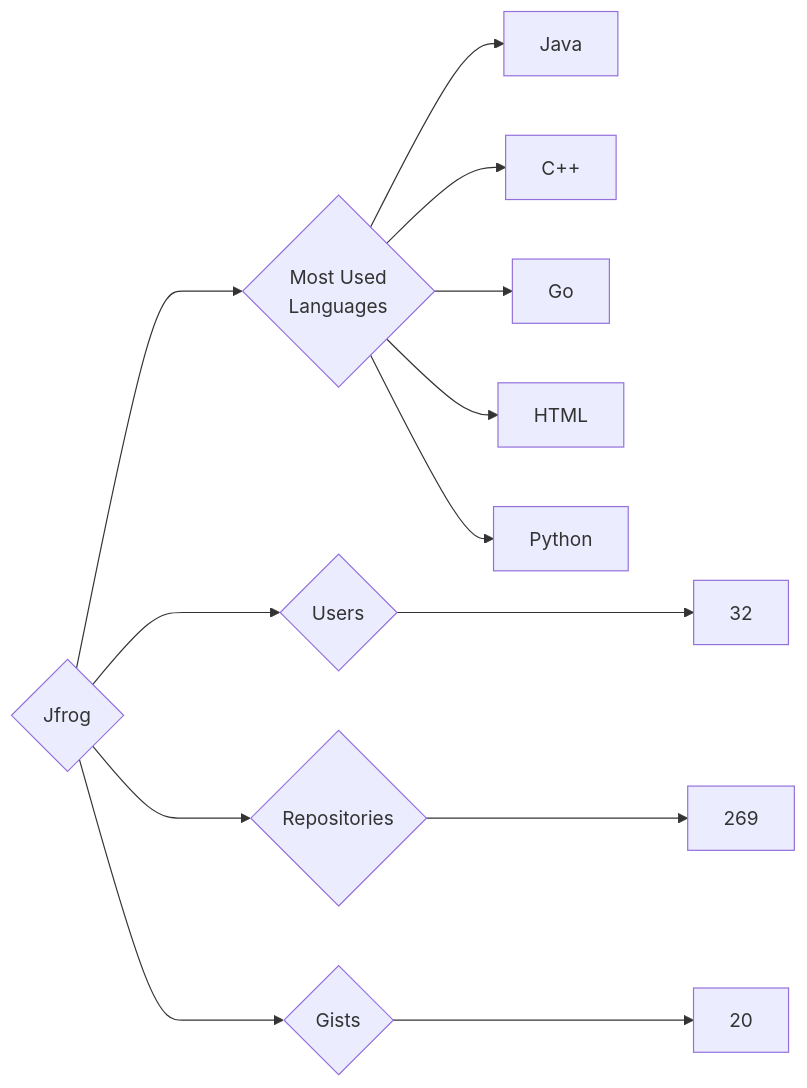
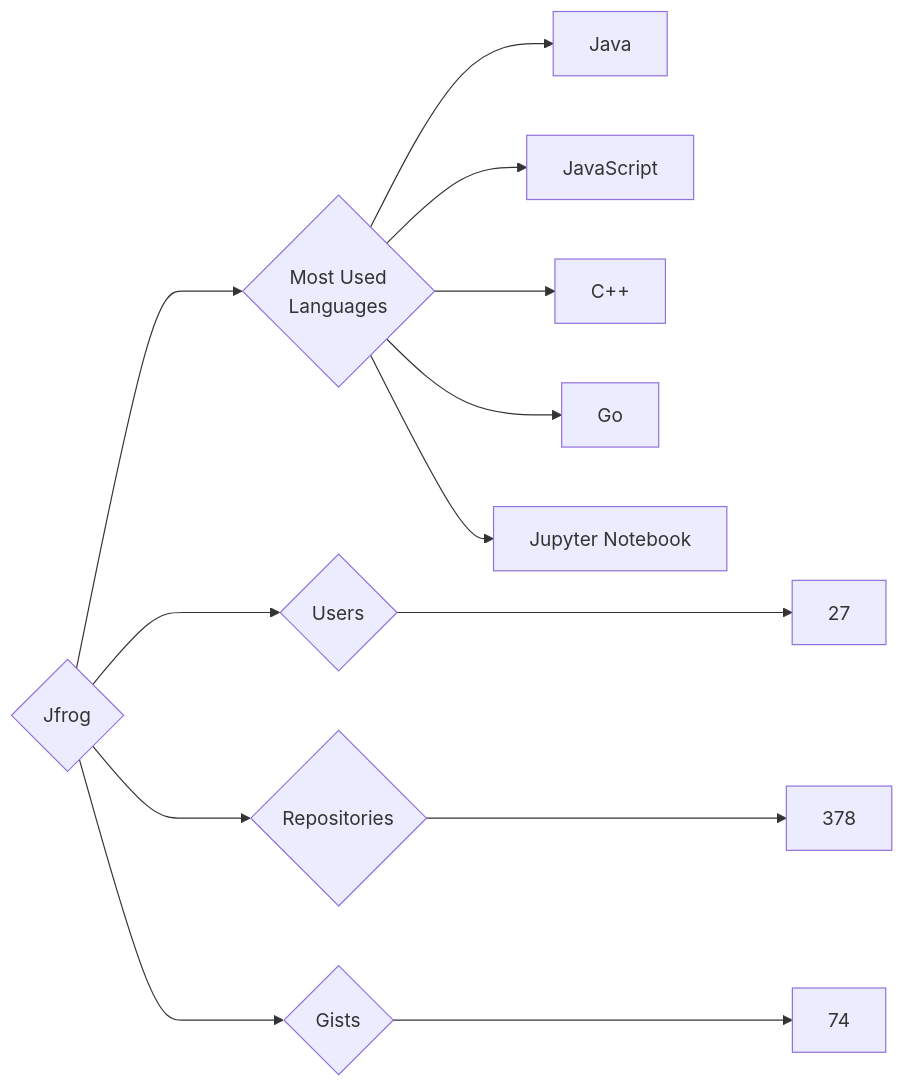
Before and after one commit to trickest/insiders: the diagram in targets/Jfrog/README.md, drawn with Mermaid. The commit also changed 891 other files, not shown here.

````diff
--- a/targets/Jfrog/README.md
+++ b/targets/Jfrog/README.md
@@ -3,13 +3,13 @@
 ```mermaid
 graph LR
 COMPANY_NAME{Jfrog}
-COMPANY_NAME ---> U{Users} ---> UN[32]
-COMPANY_NAME ---> R{Repositories} ---> RN[269]
-COMPANY_NAME ---> G{Gists} ---> GN[20]
+COMPANY_NAME ---> U{Users} ---> UN[27]
+COMPANY_NAME ---> R{Repositories} ---> RN[378]
+COMPANY_NAME ---> G{Gists} ---> GN[74]
 COMPANY_NAME ---> ML{Most Used<br>Languages}
 ML --> Java[Java]
+ML --> JavaScript[JavaScript]
 ML --> C++[C++]
 ML --> Go[Go]
-ML --> HTML[HTML]
-ML --> Python[Python]
+ML --> Jupyter_Notebook[Jupyter Notebook]
 ```
````
